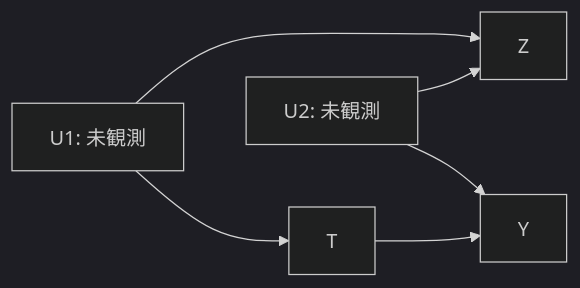
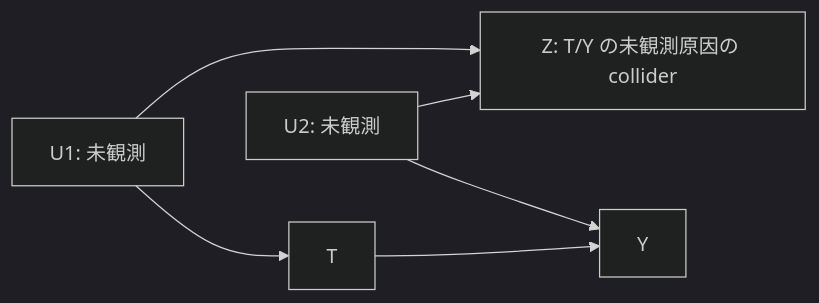
One commit to nahisaho/ARIMAgentDataAnalysisBook changed the fourth of 6 diagrams in papers/vol-04/chapter-05.md. Above: the diagram before and after it, drawn with Mermaid (dark theme). The commit also changed other lines of this file, not shown here.

````diff
--- a/papers/vol-04/chapter-05.md
+++ b/papers/vol-04/chapter-05.md
@@ -93,8 +92,8 @@
 ```mermaid
 graph LR
-    U1[U1: 未観測] --> Z[Z]
+    U1[U1: 未観測] --> Z[Z: T/Y の未観測原因の collider]
     U2[U2: 未観測] --> Z
     U1 --> T[T]
     U2 --> Y[Y]
     T --> Y
 ```
````
